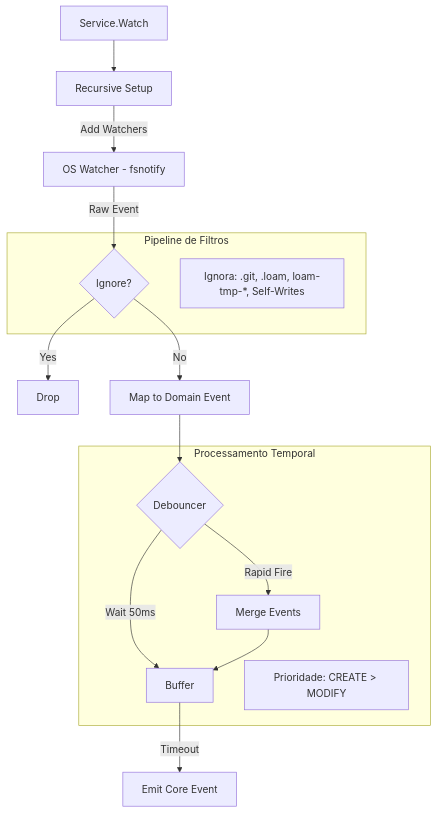
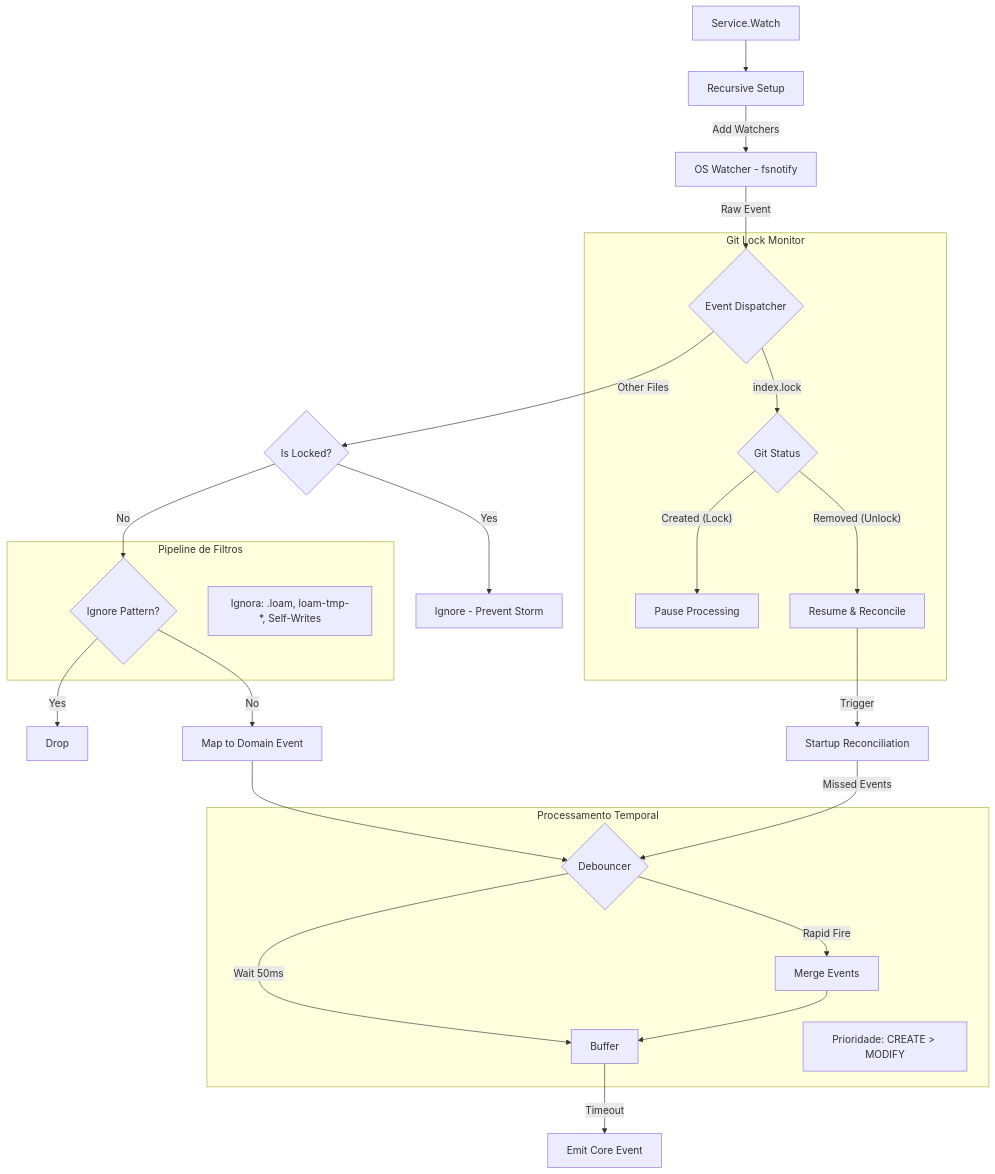
One commit to aretw0/loam changed the fifth of 5 diagrams in docs/TECHNICAL.md. Above: the diagram before and after it, drawn with Mermaid. The commit also changed other lines of this file and 1 other file, not shown here.

Commit message:
docs: marking phases as complete

````diff
--- a/docs/TECHNICAL.md
+++ b/docs/TECHNICAL.md
@@ -252,26 +252,39 @@
 ```mermaid
 flowchart TD
     Start[Service.Watch] --> Setup[Recursive Setup]
     Setup -->|Add Watchers| OS[OS Watcher - fsnotify]
     
-    OS -->|Raw Event| Filter{Ignore?}
+    OS -->|Raw Event| Dispatcher{Event Dispatcher}
+
+    subgraph GitAwareness [Git Lock Monitor]
+        Dispatcher -- "index.lock" --> LockState{Git Status}
+        LockState -- "Created (Lock)" --> Pause[Pause Processing]
+        LockState -- "Removed (Unlock)" --> Resume[Resume & Reconcile]
+    end
+
+    Dispatcher -- "Other Files" --> Gate{Is Locked?}
+    Gate -- Yes --> Ignore[Ignore - Prevent Storm]
+    Gate -- No --> Filter{Ignore Pattern?}
     
     Filter -- Yes --> Drop[Drop]
     Filter -- No --> Mapper[Map to Domain Event]
     
     subgraph filtering [Pipeline de Filtros]
         Filter
-        Note1[Ignora: .git, .loam, loam-tmp-*, Self-Writes]
+        Note1[Ignora: .loam, loam-tmp-*, Self-Writes]
     end
 
     Mapper --> Debouncer{Debouncer}
     
     subgraph processing [Processamento Temporal]
         Debouncer -- "Wait 50ms" --> Timer[Buffer]
         Debouncer -- "Rapid Fire" --> Merge[Merge Events]
         Note2[Prioridade: CREATE > MODIFY]
     end
     
+    Resume -->|Trigger| ReconcileLogic[Startup Reconciliation]
+    ReconcileLogic -->|Missed Events| Debouncer
+
     Timer -->|Timeout| Dispatch[Emit Core Event]
     Merge --> Timer
 ```
````
